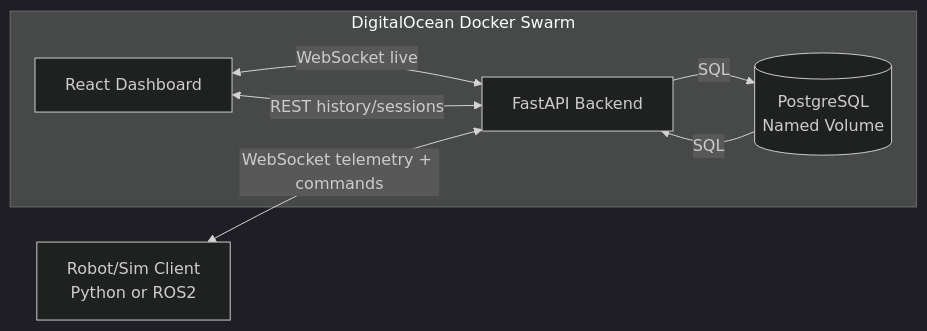
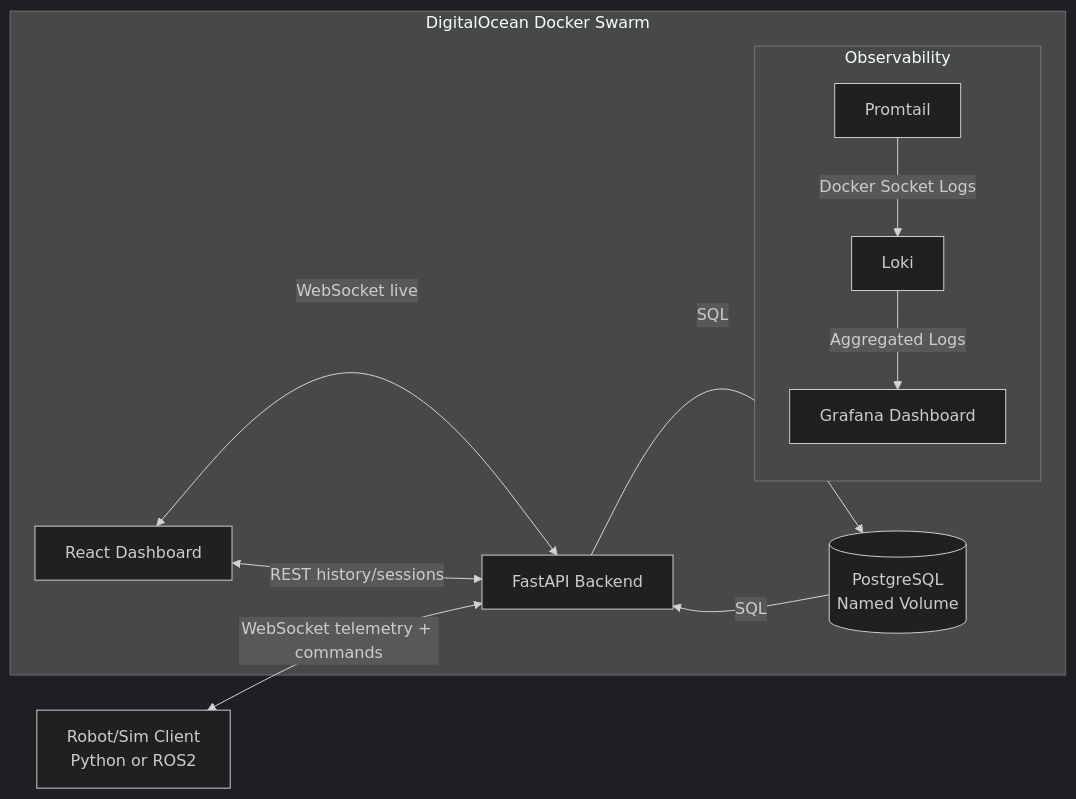
The diagram in README.md (SamsonAjadalu/metal-to-cloud-telemetry), drawn with Mermaid (dark theme) before and after one commit. The commit also changed other lines of this file, not shown here.

````diff
--- a/README.md
+++ b/README.md
@@ -49,14 +49,24 @@
 ```mermaid
 flowchart LR
   subgraph Swarm[DigitalOcean Docker Swarm]
     FE[React Dashboard]
     BE[FastAPI Backend]
     DB[(PostgreSQL<br/>Named Volume)]
+    
+    subgraph Observability
+      PT[Promtail]
+      LK[Loki]
+      GF[Grafana Dashboard]
+    end
+
     FE <-->|WebSocket live| BE
     FE <-->|REST history/sessions| BE
     BE -->|SQL| DB
     DB -->|SQL| BE
+    
+    PT -->|Docker Socket Logs| LK
+    LK -->|Aggregated Logs| GF
   end
 
   R[Robot/Sim Client<br/>Python or ROS2] <-->|WebSocket telemetry + commands| BE
 ```
````
